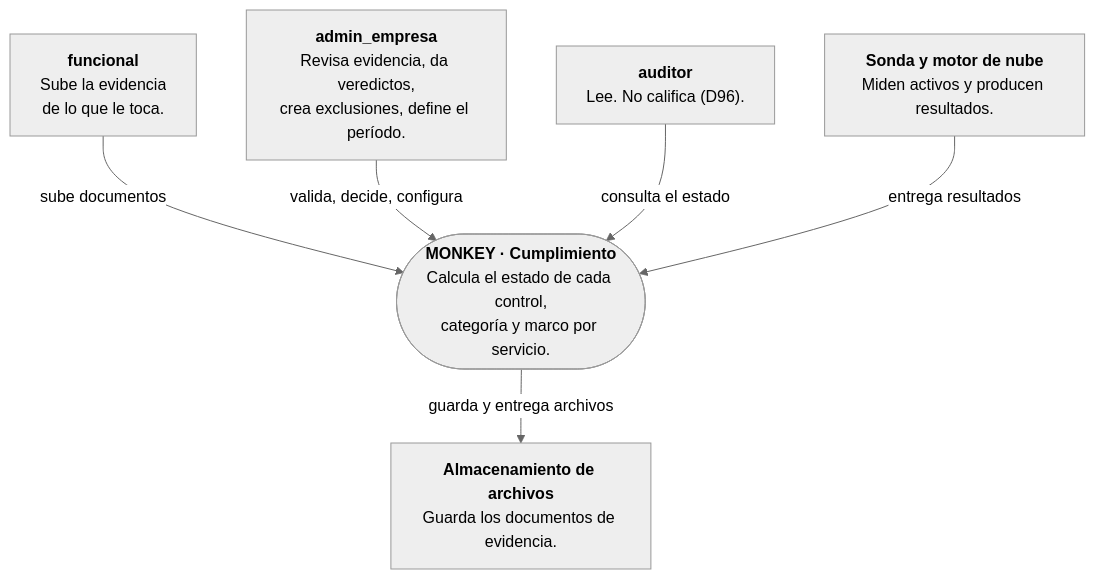
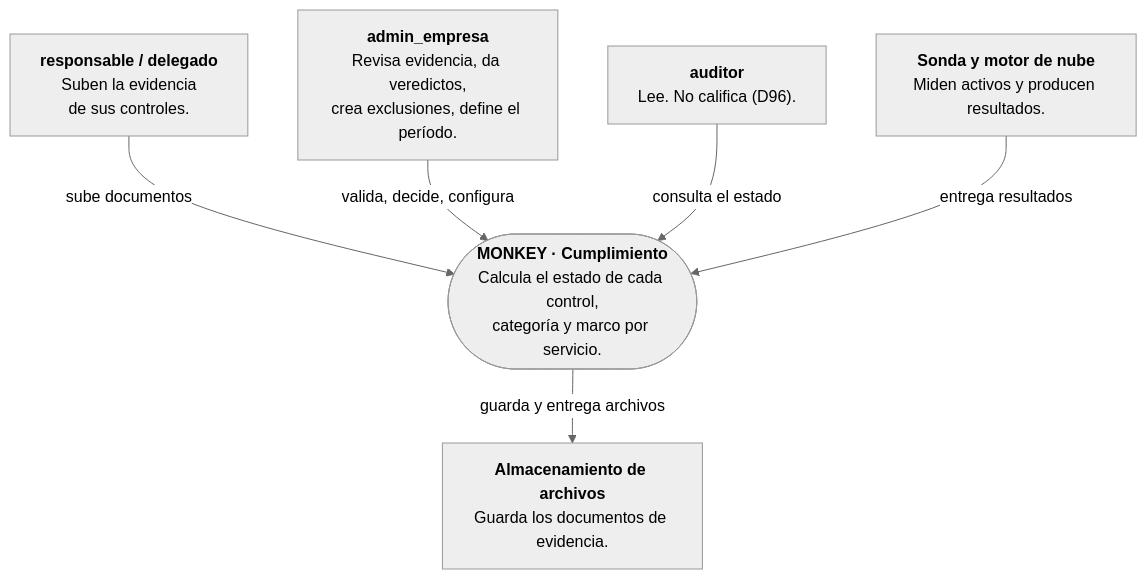
Before and after one commit to Monkey-GRC/Monkey-Brain-IA: the first of 4 diagrams in skills/product/monkey-compliance-council/references/arquitectura/cumplimiento/01-c4.md, drawn with Mermaid (neutral theme). The commit also changed other lines of this file and 39 other files, not shown here.

First line of the commit message:
docs(brain): D102 y D103, cadena responsable/delegado, cupo de usuarios y plan del sprint 3

````diff
--- a/skills/product/monkey-compliance-council/references/arquitectura/cumplimiento/01-c4.md
+++ b/skills/product/monkey-compliance-council/references/arquitectura/cumplimiento/01-c4.md
@@ -8,17 +8,17 @@
 ```mermaid
 flowchart TB
-    funcional["<b>funcional</b><br/>Sube la evidencia<br/>de lo que le toca."]
+    funcional["<b>responsable / delegado</b><br/>Suben la evidencia<br/>de sus controles."]
     adminEmpresa["<b>admin_empresa</b><br/>Revisa evidencia, da veredictos,<br/>crea exclusiones, define el período."]
     auditor["<b>auditor</b><br/>Lee. No califica (D96)."]
 
     monkey(["<b>MONKEY · Cumplimiento</b><br/>Calcula el estado de cada control,<br/>categoría y marco por servicio."])
 
     sonda["<b>Sonda y motor de nube</b><br/>Miden activos y producen resultados."]
     almacen["<b>Almacenamiento de archivos</b><br/>Guarda los documentos de evidencia."]
 
     funcional -- "sube documentos" --> monkey
     adminEmpresa -- "valida, decide, configura" --> monkey
     auditor -- "consulta el estado" --> monkey
     sonda -- "entrega resultados" --> monkey
     monkey -- "guarda y entrega archivos" --> almacen
 ```
````
